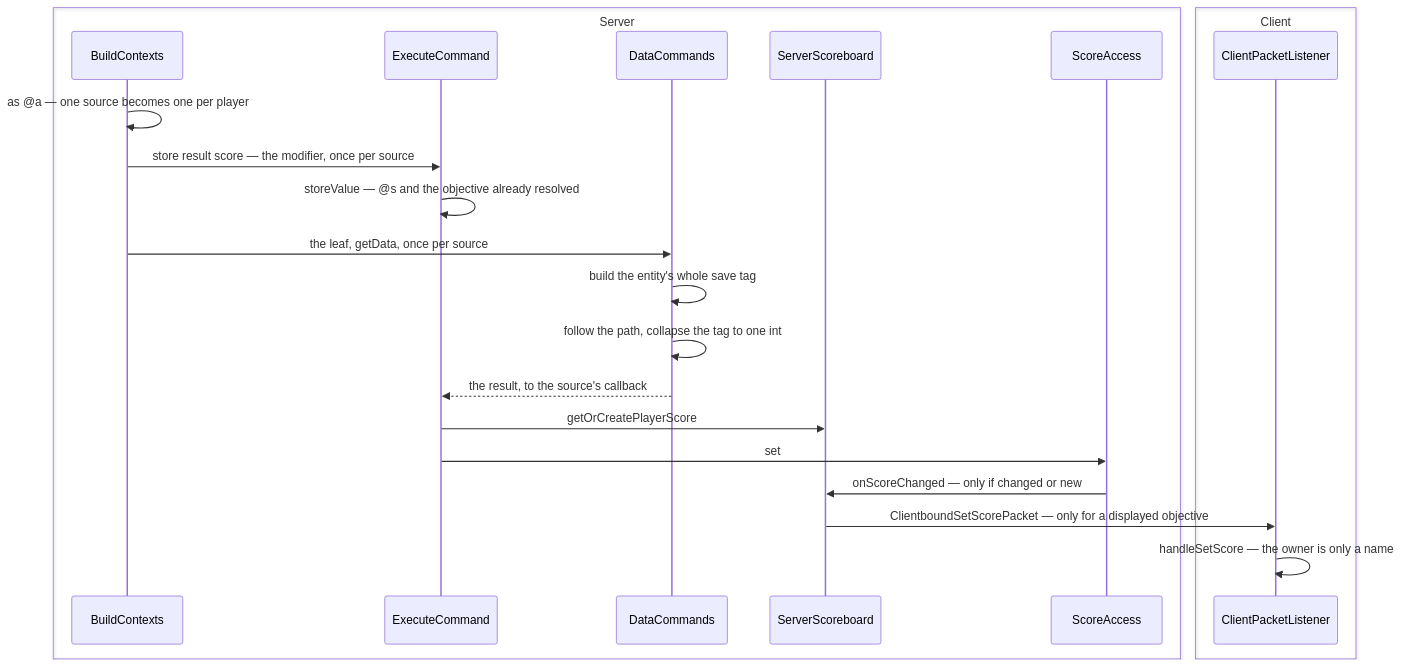
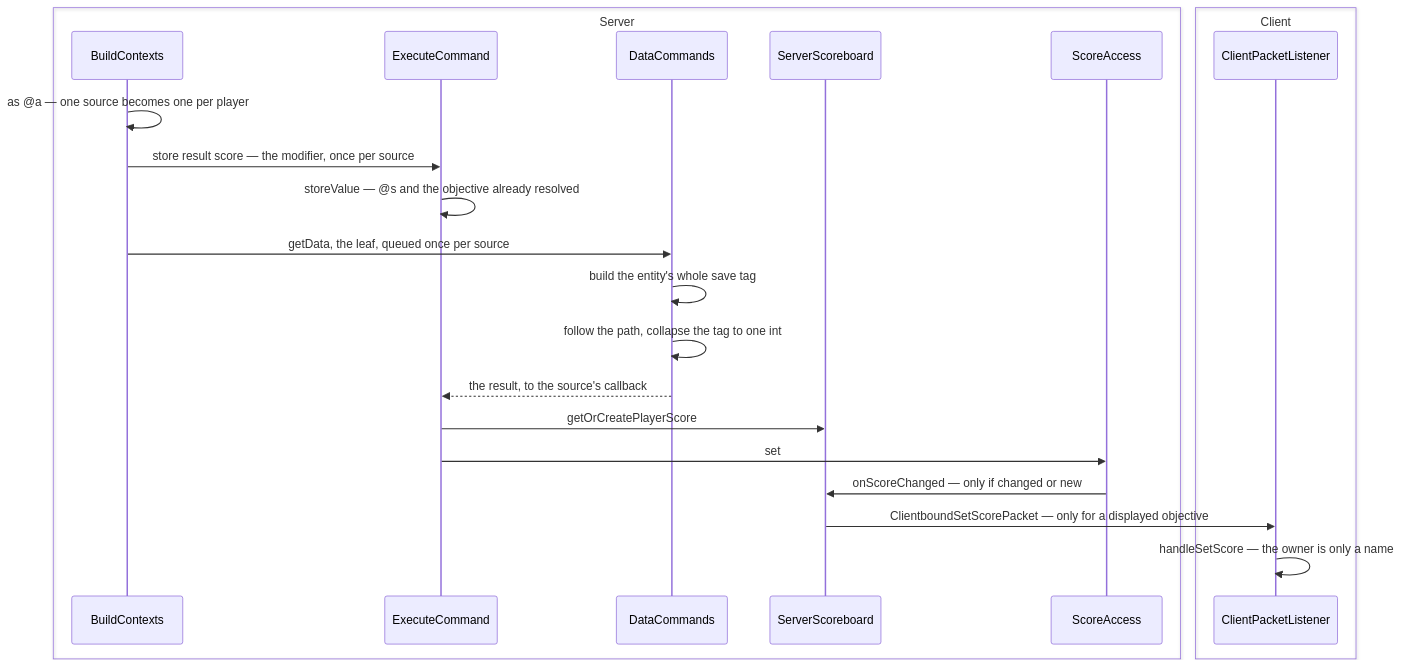
One commit to AlexanderjFraser/MinecraftDocs changed the diagram in src/systems/commands/scoreboard-and-data.md. Above: the diagram before and after it, drawn with Mermaid. The commit also changed other lines of this file and 19 other files, not shown here.

````diff
--- a/src/systems/commands/scoreboard-and-data.md
+++ b/src/systems/commands/scoreboard-and-data.md
@@ -65,26 +61,26 @@
 ```mermaid
 sequenceDiagram
     box Server
     participant BC as BuildContexts
     participant ExecC as ExecuteCommand
     participant DataC as DataCommands
     participant SS as ServerScoreboard
     participant SA as ScoreAccess
     end
     box Client
     participant CPL as ClientPacketListener
     end
 
     BC->>BC: as @a — one source becomes one per player
     BC->>ExecC: store result score — the modifier, once per source
     ExecC->>ExecC: storeValue — @s and the objective already resolved
-    BC->>DataC: the leaf, getData, once per source
+    BC->>DataC: getData, the leaf, queued once per source
     DataC->>DataC: build the entity's whole save tag
     DataC->>DataC: follow the path, collapse the tag to one int
     DataC-->>ExecC: the result, to the source's callback
     ExecC->>SS: getOrCreatePlayerScore
     ExecC->>SA: set
     SA->>SS: onScoreChanged — only if changed or new
     SS->>CPL: ClientboundSetScorePacket — only for a displayed objective
     CPL->>CPL: handleSetScore — the owner is only a name
 ```
````
